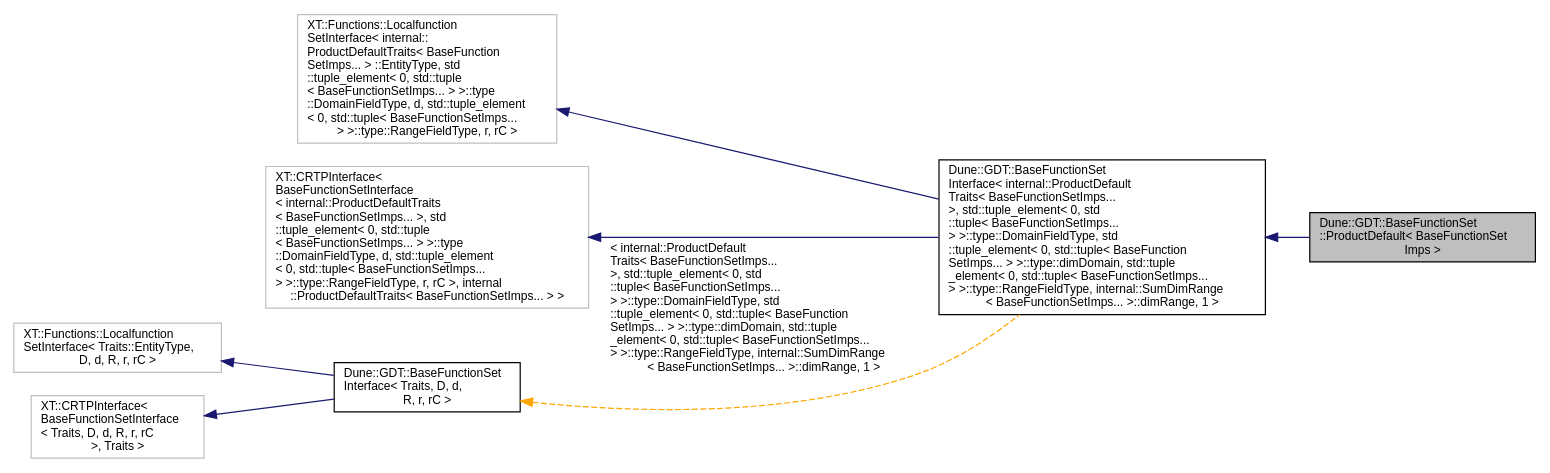
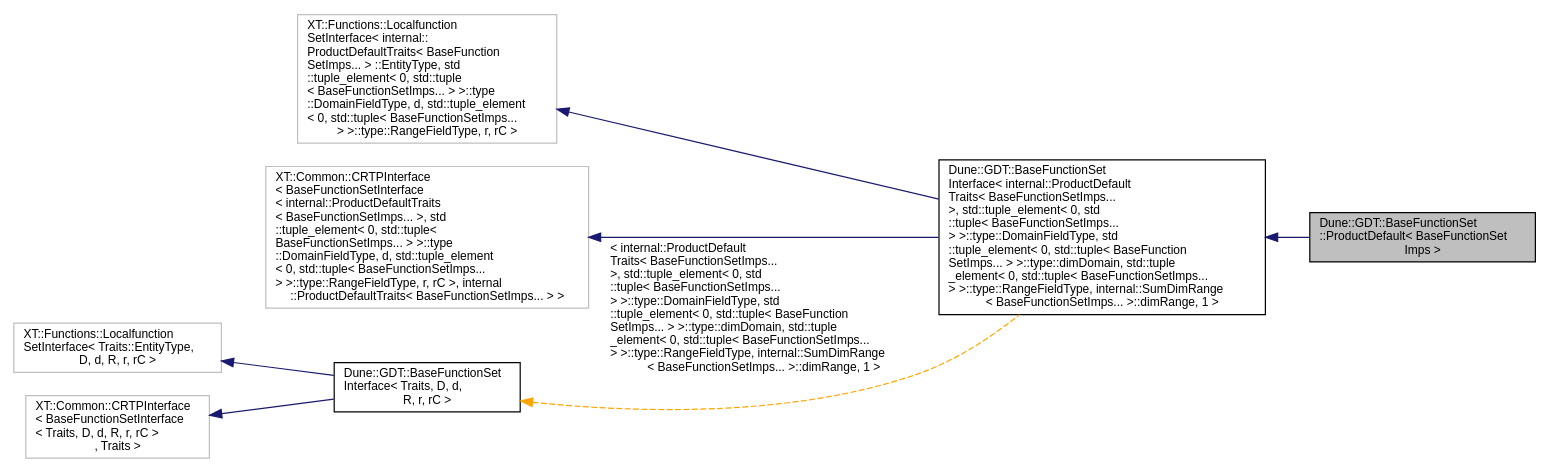
Before and after one commit to dune-community/dune-community.github.io: the diagram in docs/dune-gdt/master/a02440.dot, drawn with Graphviz. The commit also changed 1147 other files, not shown here.

```diff
--- a/docs/dune-gdt/master/a02440.dot
+++ b/docs/dune-gdt/master/a02440.dot
@@ -1,19 +1,19 @@
 digraph "Dune::GDT::BaseFunctionSet::ProductDefault&lt; BaseFunctionSetImps &gt;"
 {
   edge [fontname="Helvetica",fontsize="10",labelfontname="Helvetica",labelfontsize="10"];
   node [fontname="Helvetica",fontsize="10",shape=record];
   rankdir="LR";
   Node0 [label="Dune::GDT::BaseFunctionSet\l::ProductDefault\< BaseFunctionSet\lImps \>",height=0.2,width=0.4,color="black", fillcolor="grey75", style="filled", fontcolor="black"];
   Node1 -> Node0 [dir="back",color="midnightblue",fontsize="10",style="solid",fontname="Helvetica"];
   Node1 [label="Dune::GDT::BaseFunctionSet\lInterface\< internal::ProductDefault\lTraits\< BaseFunctionSetImps...\l \>, std::tuple_element\< 0, std\l::tuple\< BaseFunctionSetImps...\l \> \>::type::DomainFieldType, std\l::tuple_element\< 0, std::tuple\< BaseFunction\lSetImps... \> \>::type::dimDomain, std::tuple\l_element\< 0, std::tuple\< BaseFunctionSetImps...\l \> \>::type::RangeFieldType, internal::SumDimRange\l\< BaseFunctionSetImps... \>::dimRange, 1 \>",height=0.2,width=0.4,color="black", fillcolor="white", style="filled",URL="$a02437.html"];
   Node2 -> Node1 [dir="back",color="midnightblue",fontsize="10",style="solid",fontname="Helvetica"];
   Node2 [label="XT::Functions::Localfunction\lSetInterface\< internal::\lProductDefaultTraits\< BaseFunction\lSetImps... \> ::EntityType, std\l::tuple_element\< 0, std::tuple\l\< BaseFunctionSetImps... \> \>::type\l::DomainFieldType, d, std::tuple_element\l\< 0, std::tuple\< BaseFunctionSetImps...\l \> \>::type::RangeFieldType, r, rC \>",height=0.2,width=0.4,color="grey75", fillcolor="white", style="filled"];
   Node3 -> Node1 [dir="back",color="midnightblue",fontsize="10",style="solid",fontname="Helvetica"];
-  Node3 [label="XT::CRTPInterface\<\l BaseFunctionSetInterface\l\< internal::ProductDefaultTraits\l\< BaseFunctionSetImps... \>, std\l::tuple_element\< 0, std::tuple\l\< BaseFunctionSetImps... \> \>::type\l::DomainFieldType, d, std::tuple_element\l\< 0, std::tuple\< BaseFunctionSetImps...\l \> \>::type::RangeFieldType, r, rC \>, internal\l::ProductDefaultTraits\< BaseFunctionSetImps... \> \>",height=0.2,width=0.4,color="grey75", fillcolor="white", style="filled"];
+  Node3 [label="XT::Common::CRTPInterface\l\< BaseFunctionSetInterface\l\< internal::ProductDefaultTraits\l\< BaseFunctionSetImps... \>, std\l::tuple_element\< 0, std::tuple\<\l BaseFunctionSetImps... \> \>::type\l::DomainFieldType, d, std::tuple_element\l\< 0, std::tuple\< BaseFunctionSetImps...\l \> \>::type::RangeFieldType, r, rC \>, internal\l::ProductDefaultTraits\< BaseFunctionSetImps... \> \>",height=0.2,width=0.4,color="grey75", fillcolor="white", style="filled"];
   Node4 -> Node1 [dir="back",color="orange",fontsize="10",style="dashed",label=" \< internal::ProductDefault\lTraits\< BaseFunctionSetImps...\l \>, std::tuple_element\< 0, std\l::tuple\< BaseFunctionSetImps...\l \> \>::type::DomainFieldType, std\l::tuple_element\< 0, std::tuple\< BaseFunction\lSetImps... \> \>::type::dimDomain, std::tuple\l_element\< 0, std::tuple\< BaseFunctionSetImps...\l \> \>::type::RangeFieldType, internal::SumDimRange\l\< BaseFunctionSetImps... \>::dimRange, 1 \>" ,fontname="Helvetica"];
   Node4 [label="Dune::GDT::BaseFunctionSet\lInterface\< Traits, D, d,\l R, r, rC \>",height=0.2,width=0.4,color="black", fillcolor="white", style="filled",URL="$a02437.html",tooltip="The purpose of this interface is just to be used for template matching and to allow for access to the..."];
   Node5 -> Node4 [dir="back",color="midnightblue",fontsize="10",style="solid",fontname="Helvetica"];
   Node5 [label="XT::Functions::Localfunction\lSetInterface\< Traits::EntityType,\l D, d, R, r, rC \>",height=0.2,width=0.4,color="grey75", fillcolor="white", style="filled"];
   Node6 -> Node4 [dir="back",color="midnightblue",fontsize="10",style="solid",fontname="Helvetica"];
-  Node6 [label="XT::CRTPInterface\<\l BaseFunctionSetInterface\l\< Traits, D, d, R, r, rC\l \>, Traits \>",height=0.2,width=0.4,color="grey75", fillcolor="white", style="filled"];
+  Node6 [label="XT::Common::CRTPInterface\l\< BaseFunctionSetInterface\l\< Traits, D, d, R, r, rC \>\l, Traits \>",height=0.2,width=0.4,color="grey75", fillcolor="white", style="filled"];
 }
```
